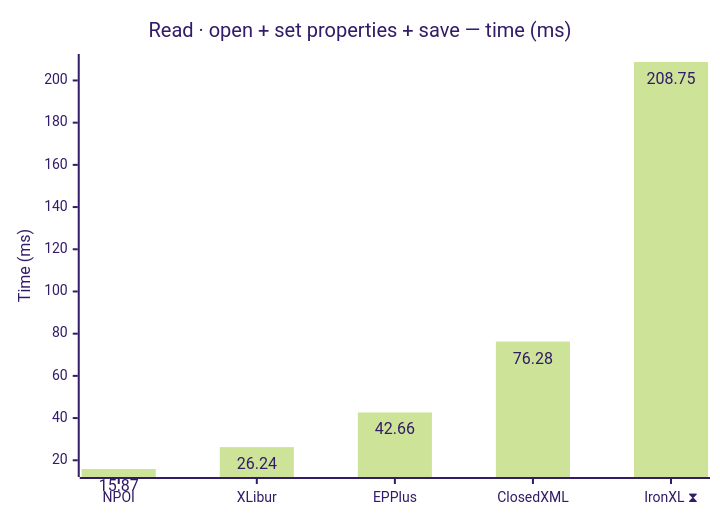
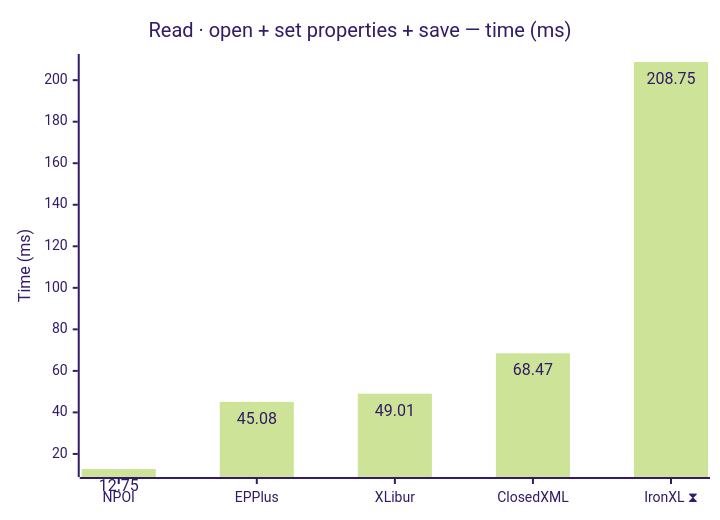
One commit to jafin/XLBench changed the first of 12 diagrams in docs/results-ci.md. Above: the diagram before and after it, drawn with Mermaid (forest theme). The commit also changed other lines of this file, not shown here.

````diff
--- a/docs/results-ci.md
+++ b/docs/results-ci.md
@@ -41,12 +41,12 @@
 ```mermaid
 ---
 config:
   xyChart:
     showDataLabel: true
 ---
 xychart-beta
     title "Read · open + set properties + save — time (ms)"
-    x-axis ["NPOI", "XLibur", "EPPlus", "ClosedXML", "IronXL ⧗"]
+    x-axis ["NPOI", "EPPlus", "XLibur", "ClosedXML", "IronXL ⧗"]
     y-axis "Time (ms)"
-    bar [15.87, 26.24, 42.66, 76.28, 208.75]
+    bar [12.75, 45.08, 49.01, 68.47, 208.75]
 ```
````
